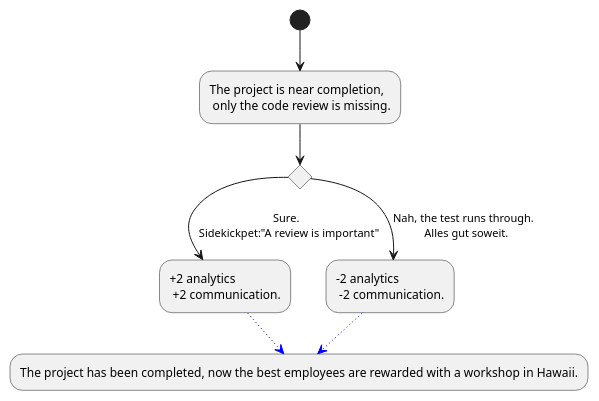
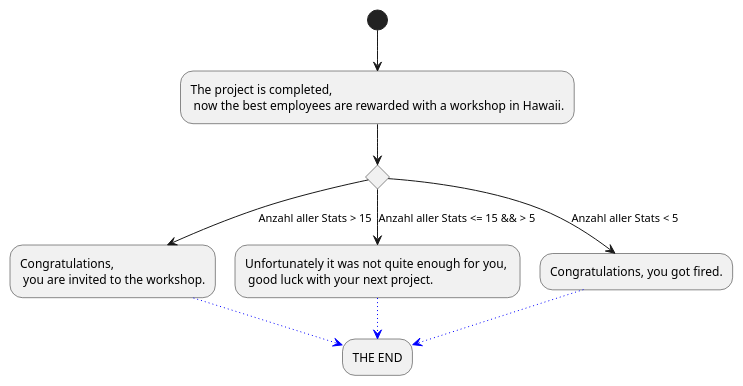
Before and after one commit to Brotenko/QualityQuest: the diagram in Docs/Technical Specifications/docs/diagrams/StoryFlow/StoryFlow_Decision_15.puml, drawn with PlantUML. The commit also changed 28 other files, not shown here.

```diff
--- a/Docs/Technical Specifications/docs/diagrams/StoryFlow/StoryFlow_Decision_15.puml
+++ b/Docs/Technical Specifications/docs/diagrams/StoryFlow/StoryFlow_Decision_15.puml
@@ -1,9 +1,12 @@
 @startuml
-(*) --> "The project is near completion, \n only the code review is missing." as ende
-if "" then 
---> [Sure. \n Sidekickpet:"A review is important"] "+2 analytics \n +2 communication." as good
+(*) --> "The project is completed, \n now the best employees are rewarded with a workshop in Hawaii." as shop
+if "" then
+--> [Anzahl aller Stats > 15] "Congratulations, \n you are invited to the workshop." as a
 else 
---> [Nah, the test runs through. \n Alles gut soweit.] "-2 analytics \n -2 communication."
--[#blue,dotted]-> "The project has been completed, now the best employees are rewarded with a workshop in Hawaii." as shop
-good -[#blue,dotted]-> shop
+--> [Anzahl aller Stats <= 15 && > 5] "Unfortunately it was not quite enough for you, \n good luck with your next project." as b
+else
+--> [Anzahl aller Stats < 5] "Congratulations, you got fired."
+-[#blue,dotted]-> "THE END" as ende
+a -[#blue,dotted]-> ende
+b -[#blue,dotted]-> ende
 @enduml
```
